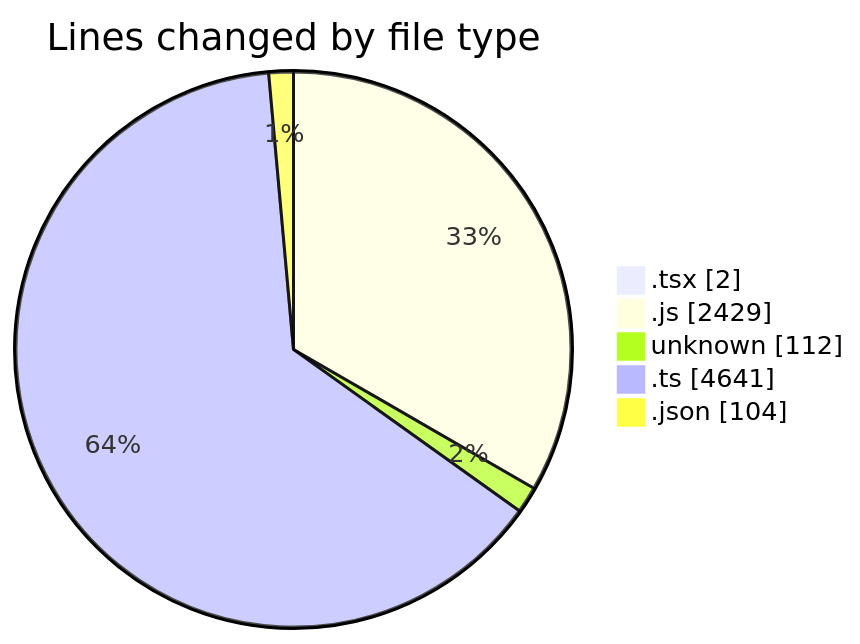
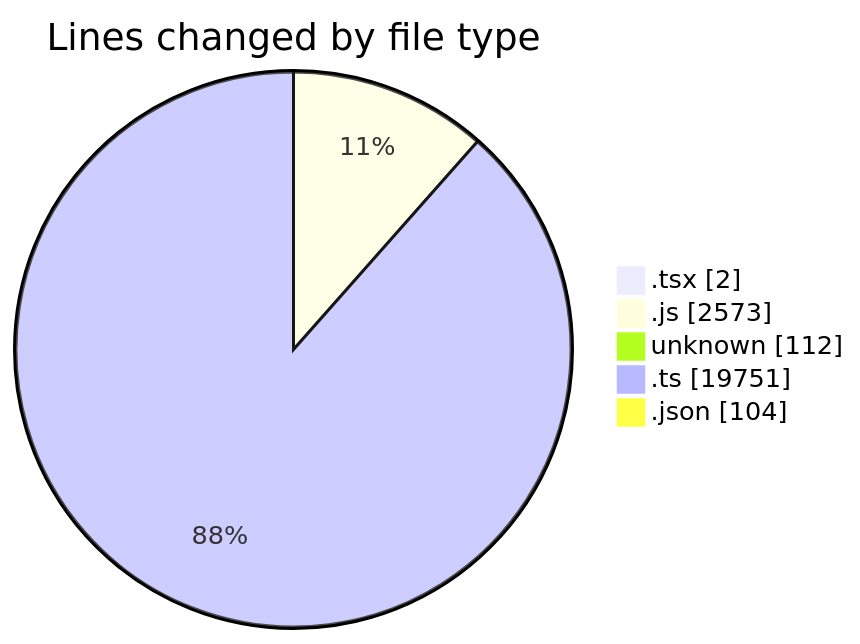
One commit to momahboobian/code-tracking changed the first of 2 diagrams in 2026-05-06/cda/README.md. Above: the diagram before and after it, drawn with Mermaid. The commit also changed other lines of this file and 1 other file, not shown here.

````diff
--- a/2026-05-06/cda/README.md
+++ b/2026-05-06/cda/README.md
@@ -34,9 +35,9 @@
 ```mermaid
 pie showData
 title Lines changed by file type
 ".tsx" : 2
-".js" : 2429
+".js" : 2573
 "unknown" : 112
-".ts" : 4641
+".ts" : 19751
 ".json" : 104
 ```
````
